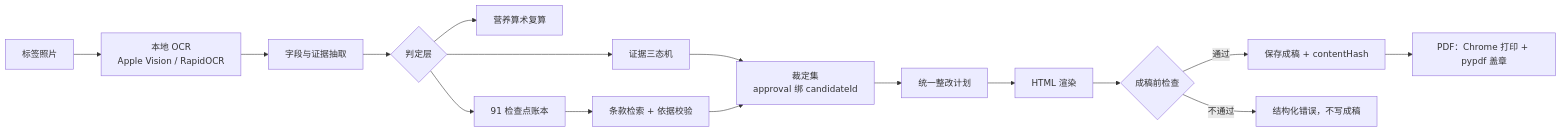
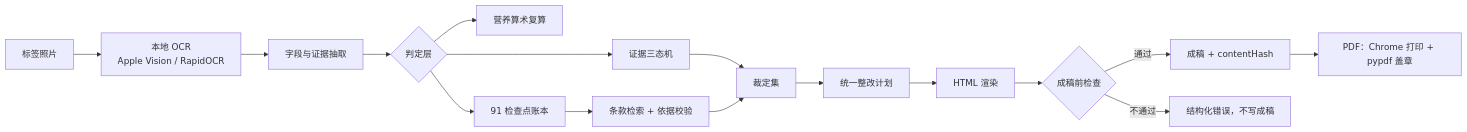
Before and after one commit to ccxcc065-a11y/food-label-review: the diagram in README.md, drawn with Mermaid. The commit also changed other lines of this file, not shown here.

````diff
--- a/README.md
+++ b/README.md
@@ -97,18 +53,18 @@
 ```mermaid
 flowchart LR
   A[标签照片] --> B[本地 OCR<br/>Apple Vision / RapidOCR]
   B --> C[字段与证据抽取]
   C --> D{判定层}
   D --> E[营养算术复算]
   D --> F[91 检查点账本]
   D --> G[证据三态机]
   F --> H[条款检索 + 依据校验]
-  G --> I[裁定集<br/>approval 绑 candidateId]
+  G --> I[裁定集]
   H --> I
   I --> J[统一整改计划]
   J --> K[HTML 渲染]
   K --> L{成稿前检查}
-  L -- 通过 --> M[保存成稿 + contentHash]
+  L -- 通过 --> M[成稿 + contentHash]
   L -- 不通过 --> N[结构化错误，不写成稿]
   M --> O[PDF：Chrome 打印 + pypdf 盖章]
 ```
````
